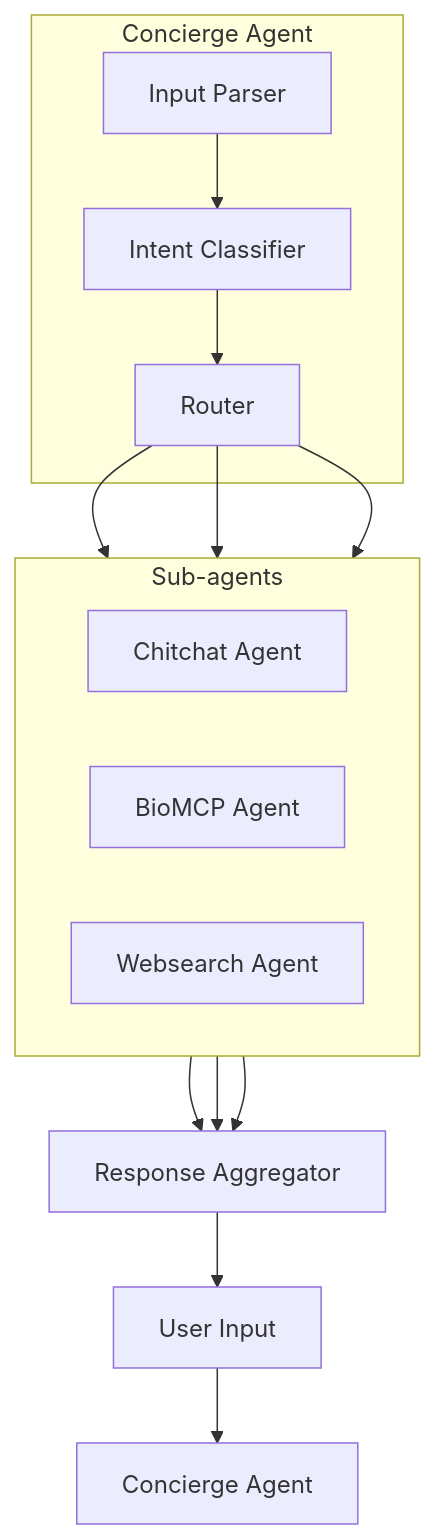
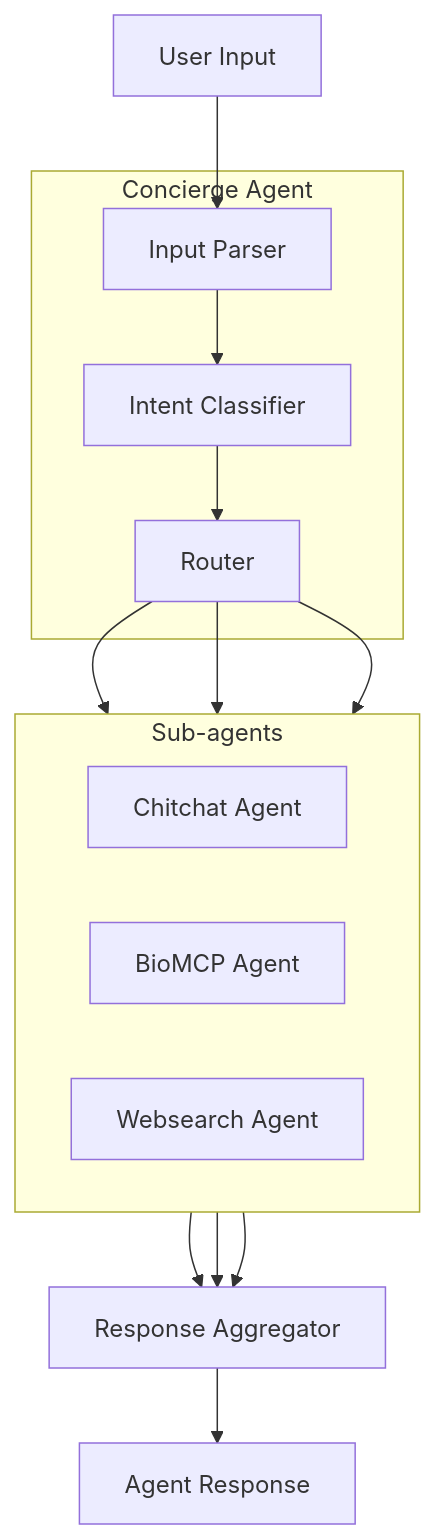
The diagram in projects/reasoning/README.md (philmui/research2025), drawn with Mermaid before and after one commit.

Commit message:
Updating mermaid subgraphs

````diff
--- a/projects/reasoning/README.md
+++ b/projects/reasoning/README.md
@@ -32,32 +32,32 @@
 ```mermaid
 flowchart TB
     %% Top: User input
     U[User Input] 
     
     %% Concierge Agent layer
-    U --> CA[Concierge Agent]
+    U --> CA1
     subgraph "Concierge Agent"
       CA1[Input Parser]
       CA2[Intent Classifier]
       CA3[Router]
       CA1 --> CA2 --> CA3
     end
     
     %% Agent Processing Layer
     subgraph "Sub-agents"
         direction LR
         CC[Chitchat Agent]
         BM[BioMCP Agent]
         WS[Websearch Agent]
     end
     
     CA3 --> CC
     CA3 --> BM
     CA3 --> WS
 
     %% Aggregation and output
     CC --> AG[Response Aggregator]
     BM --> AG
     WS --> AG
-    AG --> U
+    AG --> AR[Agent Response]
 ```
````
